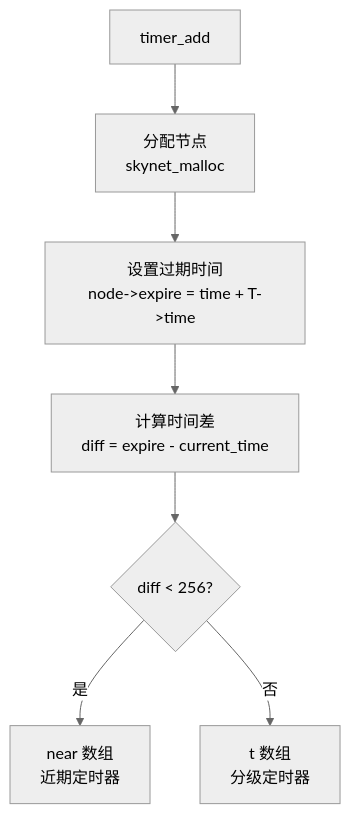
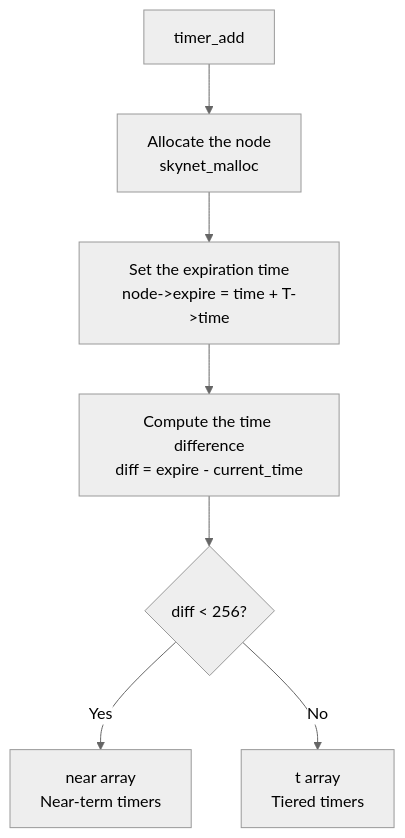
One commit to cuihairu/skynet changed the second of 3 diagrams in docs/analysis/skynet-timer.md. Above: the diagram before and after it, drawn with Mermaid (neutral theme). The commit also changed other lines of this file and 86 other files, not shown here.

````diff
--- a/docs/analysis/skynet-timer.md
+++ b/docs/analysis/skynet-timer.md
@@ -210,9 +210,9 @@
 ```mermaid
 graph TD
-    A[timer_add] --> B[分配节点<br/>skynet_malloc]
-    B --> C[设置过期时间<br/>node->expire = time + T->time]
-    C --> D[计算时间差<br/>diff = expire - current_time]
+    A[timer_add] --> B[Allocate the node<br/>skynet_malloc]
+    B --> C[Set the expiration time<br/>node->expire = time + T->time]
+    C --> D[Compute the time difference<br/>diff = expire - current_time]
     D --> E{diff < 256?}
-    E -->|是| F[near 数组<br/>近期定时器]
-    E -->|否| G[t 数组<br/>分级定时器]
+    E -->|Yes| F[near array<br/>Near-term timers]
+    E -->|No| G[t array<br/>Tiered timers]
 ```
````
